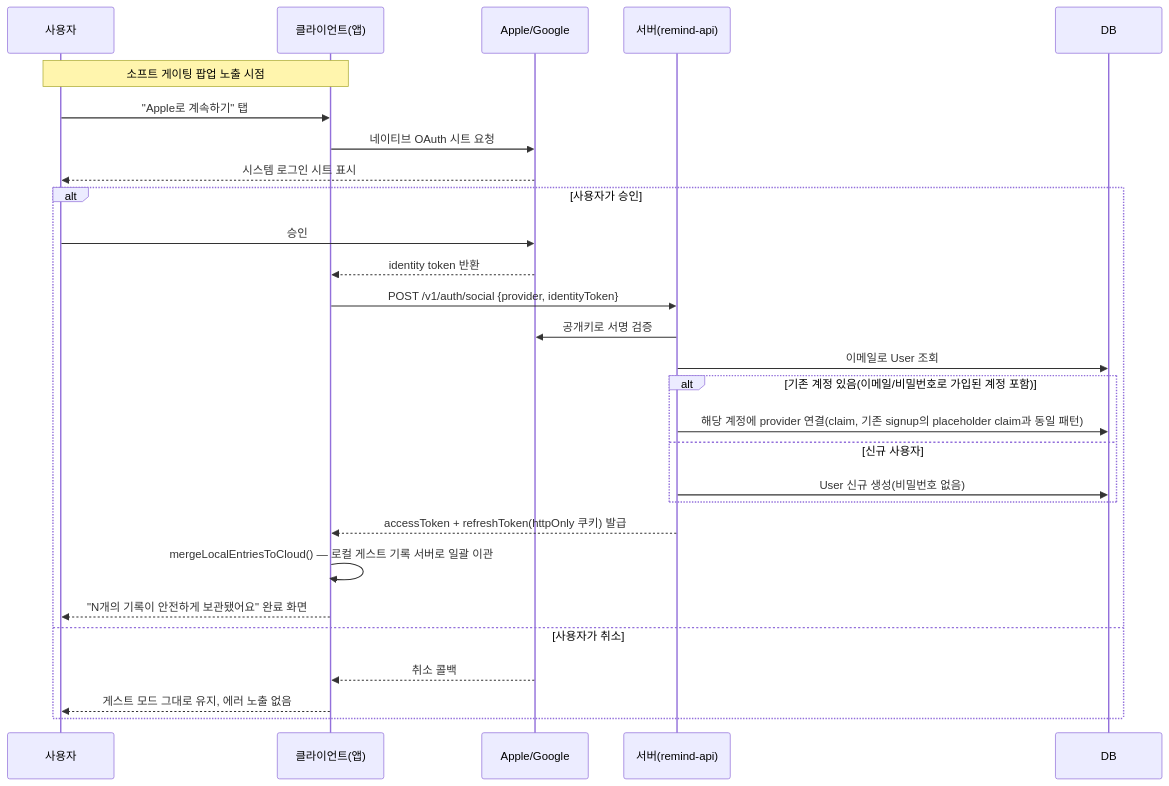
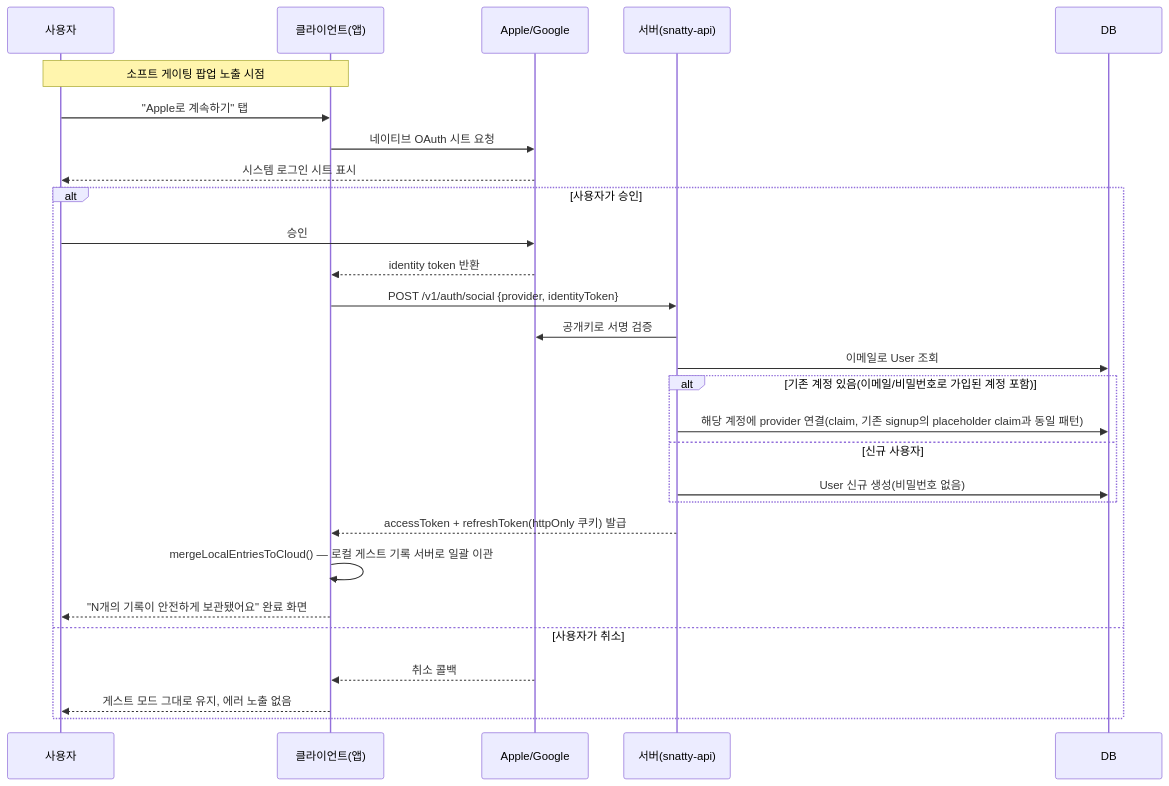
One commit to congjang/remind changed the diagram in docs/PROGRESS_CHECKLIST.md. Above: the diagram before and after it, drawn with Mermaid. The commit also changed other lines of this file and 37 other files, not shown here.

First line of the commit message:
refactor: 서비스명 remind → snatty 전체 리네임

````diff
--- a/docs/PROGRESS_CHECKLIST.md
+++ b/docs/PROGRESS_CHECKLIST.md
@@ -103,31 +103,31 @@
 ```mermaid
 sequenceDiagram
     participant U as 사용자
     participant C as 클라이언트(앱)
     participant P as Apple/Google
-    participant S as 서버(remind-api)
+    participant S as 서버(snatty-api)
     participant DB as DB
 
     Note over U,C: 소프트 게이팅 팝업 노출 시점
     U->>C: "Apple로 계속하기" 탭
     C->>P: 네이티브 OAuth 시트 요청
     P-->>U: 시스템 로그인 시트 표시
     alt 사용자가 승인
         U->>P: 승인
         P-->>C: identity token 반환
         C->>S: POST /v1/auth/social {provider, identityToken}
         S->>P: 공개키로 서명 검증
         S->>DB: 이메일로 User 조회
         alt 기존 계정 있음(이메일/비밀번호로 가입된 계정 포함)
             S->>DB: 해당 계정에 provider 연결(claim, 기존 signup의 placeholder claim과 동일 패턴)
         else 신규 사용자
             S->>DB: User 신규 생성(비밀번호 없음)
         end
         S-->>C: accessToken + refreshToken(httpOnly 쿠키) 발급
         C->>C: mergeLocalEntriesToCloud() — 로컬 게스트 기록 서버로 일괄 이관
         C-->>U: "N개의 기록이 안전하게 보관됐어요" 완료 화면
     else 사용자가 취소
         P-->>C: 취소 콜백
         C-->>U: 게스트 모드 그대로 유지, 에러 노출 없음
     end
 ```
````
